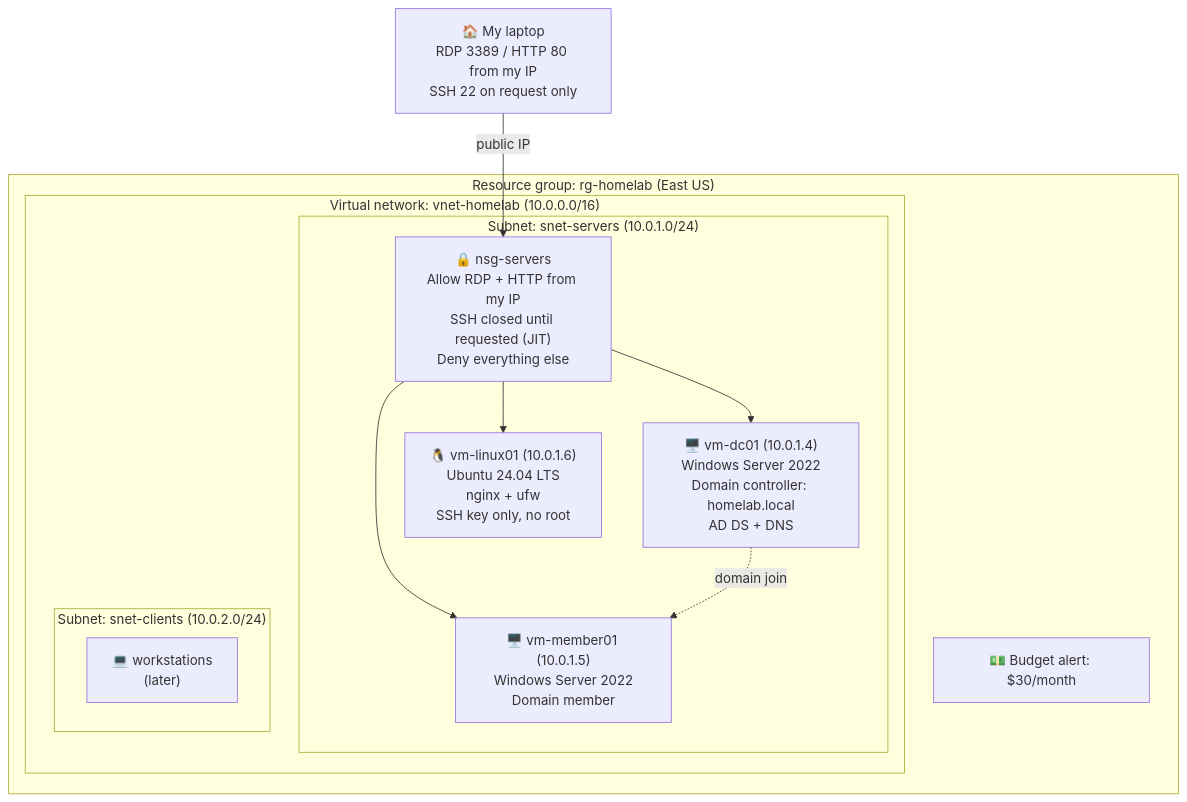
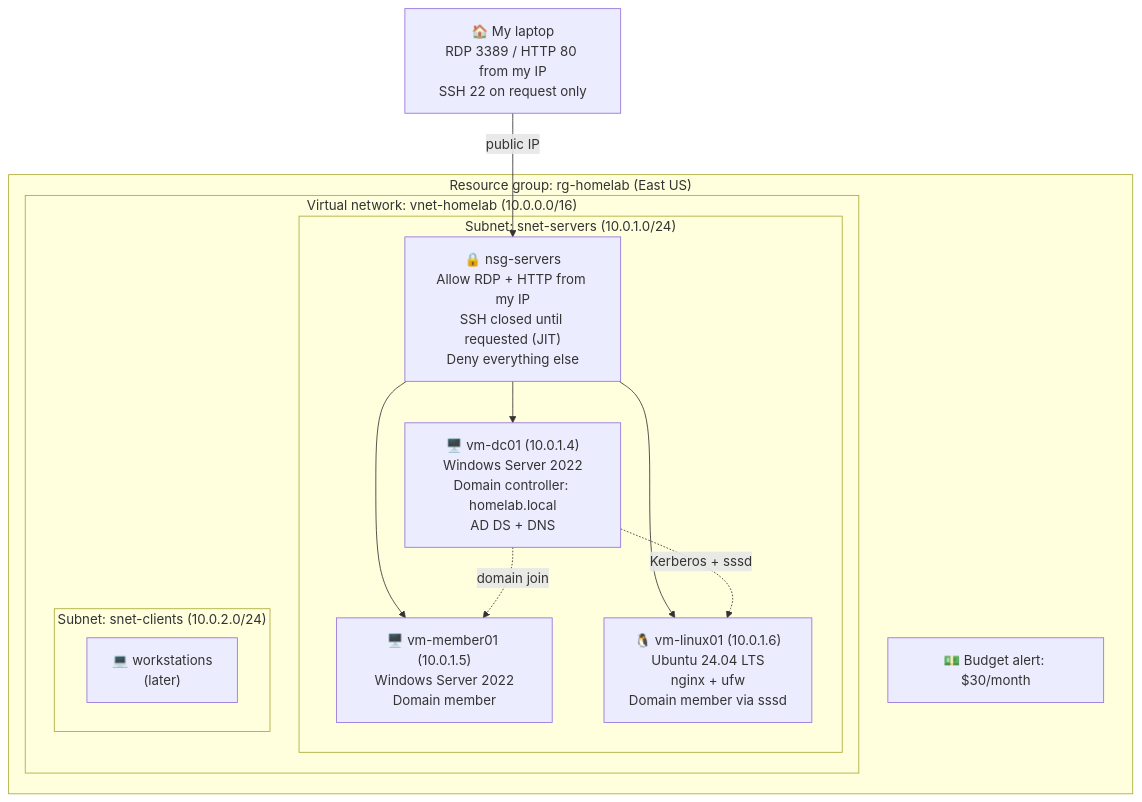
The diagram in README.md (KyleG6495/azure-home-lab), drawn with Mermaid before and after one commit. The commit also changed other lines of this file, not shown here.

Commit message:
Add Linux domain join to progress, diagram and lessons

````diff
--- a/README.md
+++ b/README.md
@@ -28,23 +29,24 @@
 ```mermaid
 flowchart TB
     Home["🏠 My laptop<br/>RDP 3389 / HTTP 80 from my IP<br/>SSH 22 on request only"]
     subgraph RG["Resource group: rg-homelab (East US)"]
         subgraph VNET["Virtual network: vnet-homelab (10.0.0.0/16)"]
             subgraph SRV["Subnet: snet-servers (10.0.1.0/24)"]
                 NSG["🔒 nsg-servers<br/>Allow RDP + HTTP from my IP<br/>SSH closed until requested (JIT)<br/>Deny everything else"]
                 DC["🖥️ vm-dc01 (10.0.1.4)<br/>Windows Server 2022<br/>Domain controller: homelab.local<br/>AD DS + DNS"]
                 MEM["🖥️ vm-member01 (10.0.1.5)<br/>Windows Server 2022<br/>Domain member"]
-                LNX["🐧 vm-linux01 (10.0.1.6)<br/>Ubuntu 24.04 LTS<br/>nginx + ufw<br/>SSH key only, no root"]
+                LNX["🐧 vm-linux01 (10.0.1.6)<br/>Ubuntu 24.04 LTS<br/>nginx + ufw<br/>Domain member via sssd"]
             end
             subgraph CLI["Subnet: snet-clients (10.0.2.0/24)"]
                 WS["💻 workstations<br/>(later)"]
             end
         end
         BUDGET["💵 Budget alert: $30/month"]
     end
     Home -->|"public IP"| NSG
     NSG --> DC
     NSG --> MEM
     NSG --> LNX
     DC -. "domain join" .-> MEM
+    DC -. "Kerberos + sssd" .-> LNX
 ```
````
